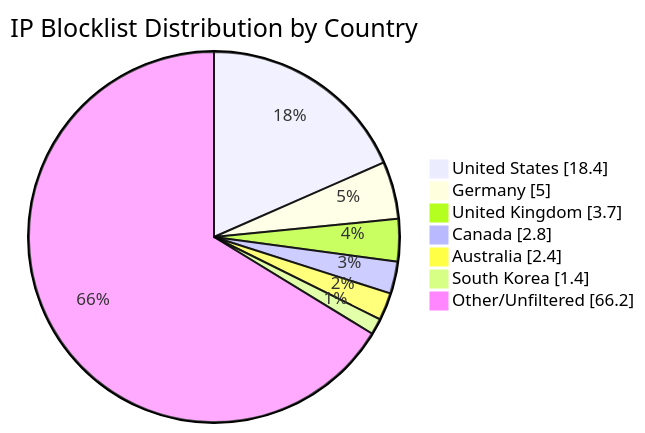
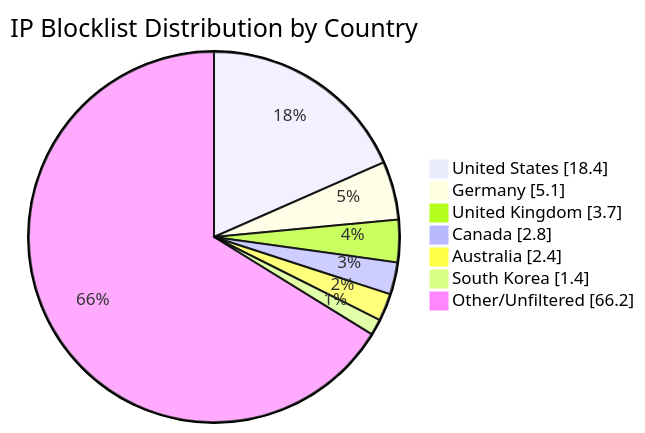
The diagram in README.md (MarcusHoltz/ipblocklist-geofiltered-aggregator), drawn with Mermaid before and after one commit. The commit also changed other lines of this file and 9 other files, not shown here.

````diff
--- a/README.md
+++ b/README.md
@@ -34,10 +34,10 @@
 ```mermaid
 pie showData title IP Blocklist Distribution by Country
 "United States" : 18.4
-"Germany" : 5.0
+"Germany" : 5.1
 "United Kingdom" : 3.7
 "Canada" : 2.8
 "Australia" : 2.4
 "South Korea" : 1.4
 "Other/Unfiltered" : 66.2
 ```
````
